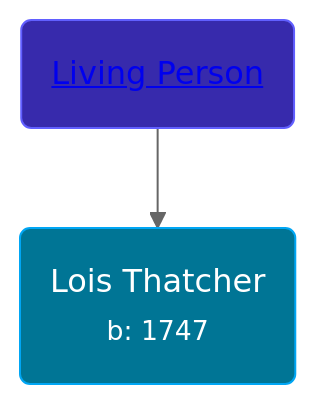
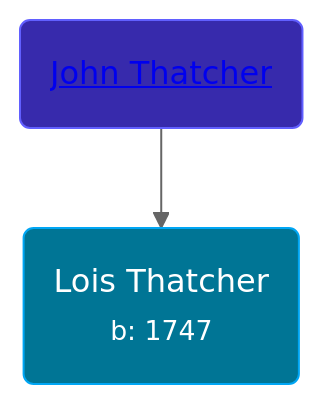
Before and after one commit to wpmgotkh/wpmgotkh.github.io: the diagram in pages/people/9/92113144.md, drawn with Mermaid (neutral theme). The commit also changed other lines of this file and 586 other files, not shown here.

Commit message:
feat: better shouldConsiderPersonLiving algo

````diff
--- a/pages/people/9/92113144.md
+++ b/pages/people/9/92113144.md
@@ -10,8 +10,8 @@
 ```mermaid
 graph
 classDef grands fill:#193cb8,stroke:#2b7fff,stroke-width:1px,color:#fff;
 classDef parents fill:#372aac,stroke:#615fff,stroke-width:1px,color:#fff;
 classDef primary fill:#007595,stroke:#00a6f4,stroke-width:1px,color:#fff;
 92113144(Lois Thatcher<br /><small>b: 1747</small>):::primary
-12715265(<a class="text-white" href="/people/1/12715265">Living Person</a>):::parents-->92113144
+12715265(<a class="text-white" href="/people/1/12715265">John Thatcher</a>):::parents-->92113144
 ```
````
